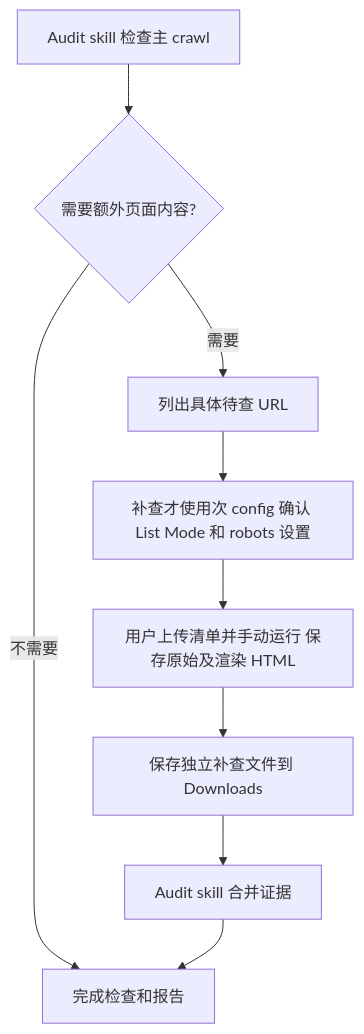
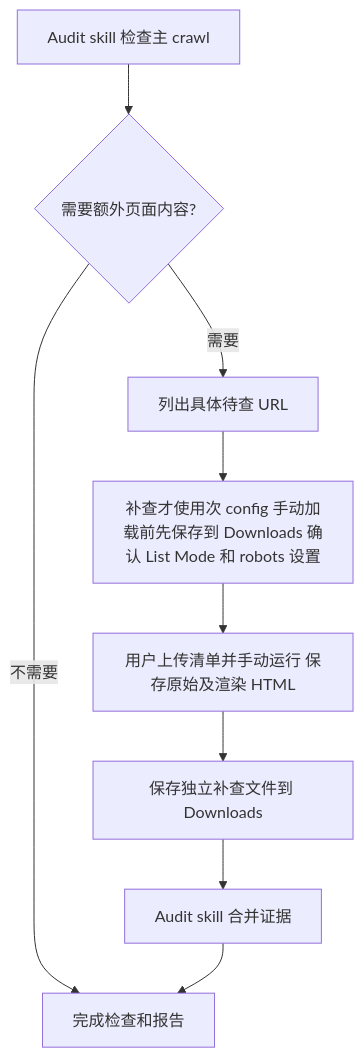
The second of 2 diagrams in README.md (timn-firstpage/On-_site_SF_shared_config), drawn with Mermaid before and after one commit. The commit also changed other lines of this file and 3 other files, not shown here.

Commit message:
Deliver SF config to Downloads before manual loading

````diff
--- a/README.md
+++ b/README.md
@@ -37,11 +37,11 @@
 ```mermaid
 flowchart TD
     A[Audit skill 检查主 crawl] --> B{需要额外页面内容?}
     B -- 不需要 --> C[完成检查和报告]
     B -- 需要 --> D[列出具体待查 URL]
-    D --> E[补查才使用次 config 确认 List Mode 和 robots 设置]
+    D --> E[补查才使用次 config 手动加载前先保存到 Downloads 确认 List Mode 和 robots 设置]
     E --> F[用户上传清单并手动运行 保存原始及渲染 HTML]
     F --> G[保存独立补查文件到 Downloads]
     G --> H[Audit skill 合并证据]
     H --> C
 ```
````
